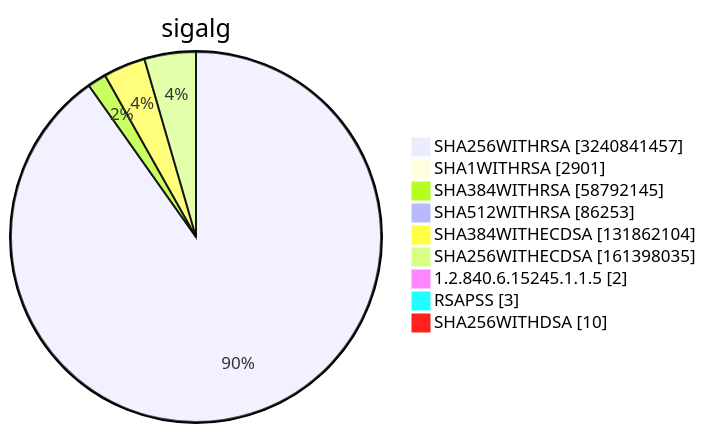
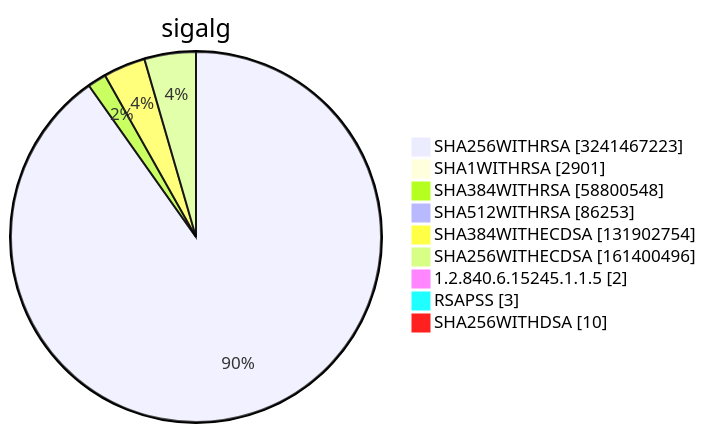
Diagram 15 of 15 in TOTAL/README.md (christiankrug/ctmonitor_visualization), drawn with Mermaid before and after one commit. The commit also changed other lines of this file, not shown here.

````diff
--- a/TOTAL/README.md
+++ b/TOTAL/README.md
@@ -6217,13 +6217,13 @@
 ```mermaid
 pie showData
 title sigalg
-"SHA256WITHRSA" :3240841457
+"SHA256WITHRSA" :3241467223
 "SHA1WITHRSA" :2901
-"SHA384WITHRSA" :58792145
+"SHA384WITHRSA" :58800548
 "SHA512WITHRSA" :86253
-"SHA384WITHECDSA" :131862104
-"SHA256WITHECDSA" :161398035
+"SHA384WITHECDSA" :131902754
+"SHA256WITHECDSA" :161400496
 "1.2.840.6.15245.1.1.5" :2
 "RSAPSS" :3
 "SHA256WITHDSA" :10
 ```
````
